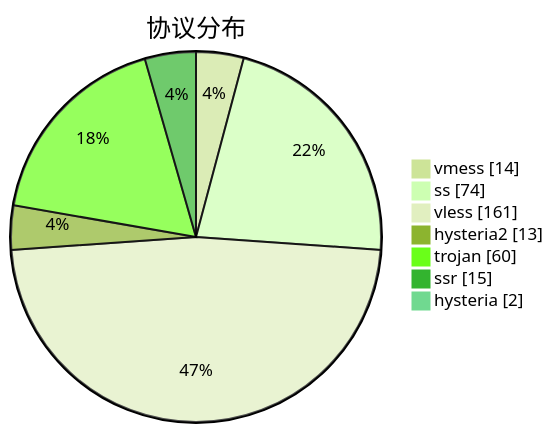
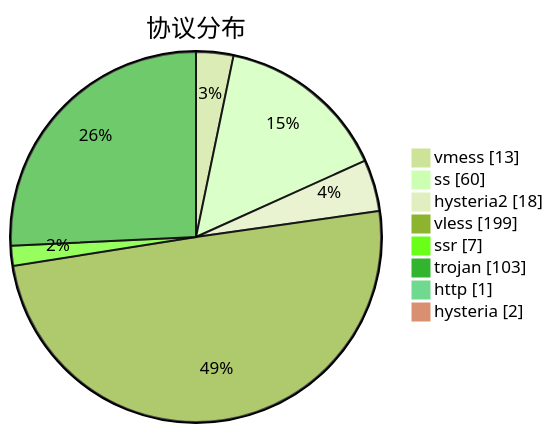
Before and after one commit to sinspired/airport: the third of 3 diagrams in subs/statistics/tested_within.md, drawn with Mermaid (forest theme). The commit also changed other lines of this file and 2 other files, not shown here.

````diff
--- a/subs/statistics/tested_within.md
+++ b/subs/statistics/tested_within.md
@@ -44,11 +46,12 @@
 ```mermaid
 pie showData
 title 协议分布
-"vmess" : 14
-"ss" : 74
-"vless" : 161
-"hysteria2" : 13
-"trojan" : 60
-"ssr" : 15
+"vmess" : 13
+"ss" : 60
+"hysteria2" : 18
+"vless" : 199
+"ssr" : 7
+"trojan" : 103
+"http" : 1
 "hysteria" : 2
 ```
````
